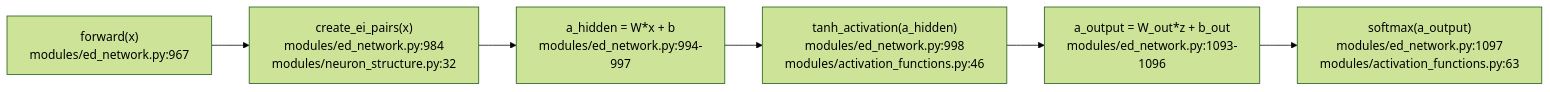
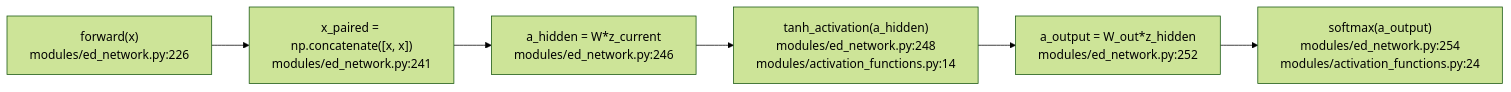
One commit to yoiwa0714/columnar_ed_ann changed the second of 6 diagrams in docs/ja/ed_learning_mechanism_anchors.md. Above: the diagram before and after it, drawn with Mermaid (forest theme). The commit also changed other lines of this file and 3 other files, not shown here.

````diff
--- a/docs/ja/ed_learning_mechanism_anchors.md
+++ b/docs/ja/ed_learning_mechanism_anchors.md
@@ -60,8 +56,8 @@
 ```mermaid
 flowchart LR
-    A["forward(x)<br/>modules/ed_network.py:967"] --> B["create_ei_pairs(x)<br/>modules/ed_network.py:984<br/>modules/neuron_structure.py:32"]
-    B --> C["a_hidden = W*x + b<br/>modules/ed_network.py:994-997"]
-    C --> D["tanh_activation(a_hidden)<br/>modules/ed_network.py:998<br/>modules/activation_functions.py:46"]
-    D --> E["a_output = W_out*z + b_out<br/>modules/ed_network.py:1093-1096"]
-    E --> F["softmax(a_output)<br/>modules/ed_network.py:1097<br/>modules/activation_functions.py:63"]
+    A["forward(x)<br/>modules/ed_network.py:226"] --> B["x_paired = np.concatenate([x, x])<br/>modules/ed_network.py:241"]
+    B --> C["a_hidden = W*z_current<br/>modules/ed_network.py:246"]
+    C --> D["tanh_activation(a_hidden)<br/>modules/ed_network.py:248<br/>modules/activation_functions.py:14"]
+    D --> E["a_output = W_out*z_hidden<br/>modules/ed_network.py:252"]
+    E --> F["softmax(a_output)<br/>modules/ed_network.py:254<br/>modules/activation_functions.py:24"]
 ```
````
